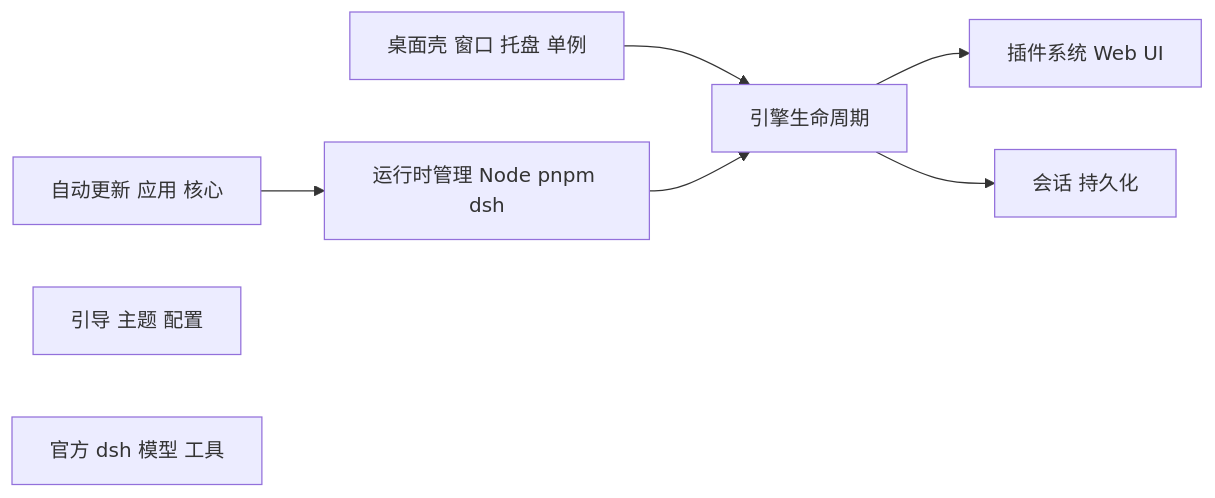
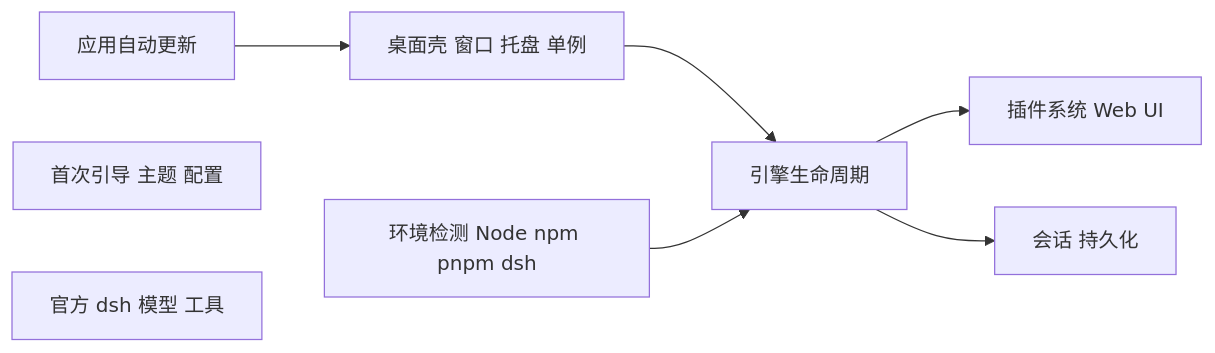
Before and after one commit to KevinT-hub/dsh-tauri-gui: the first of 2 diagrams in docs/ARCHITECTURE.md, drawn with Mermaid. The commit also changed other lines of this file and 13 other files, not shown here.

````diff
--- a/docs/ARCHITECTURE.md
+++ b/docs/ARCHITECTURE.md
@@ -9,16 +9,16 @@
 ```mermaid
 flowchart LR
   A[桌面壳 窗口 托盘 单例]
-  B[运行时管理 Node pnpm dsh]
+  B[环境检测 Node npm pnpm dsh]
   C[引擎生命周期]
-  D[自动更新 应用 核心]
-  E[引导 主题 配置]
+  D[应用自动更新]
+  E[首次引导 主题 配置]
   F[官方 dsh 模型 工具]
   G[会话 持久化]
   H[插件系统 Web UI]
   A --> C
   B --> C
   C --> H
   C --> G
-  D --> B
+  D --> A
 ```
````
